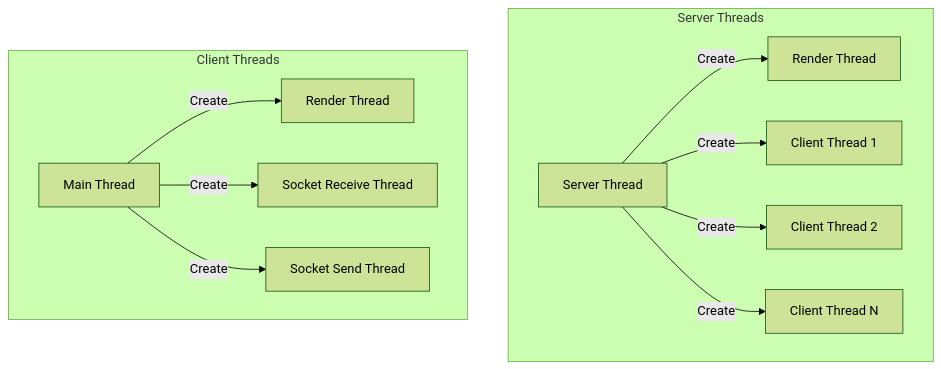
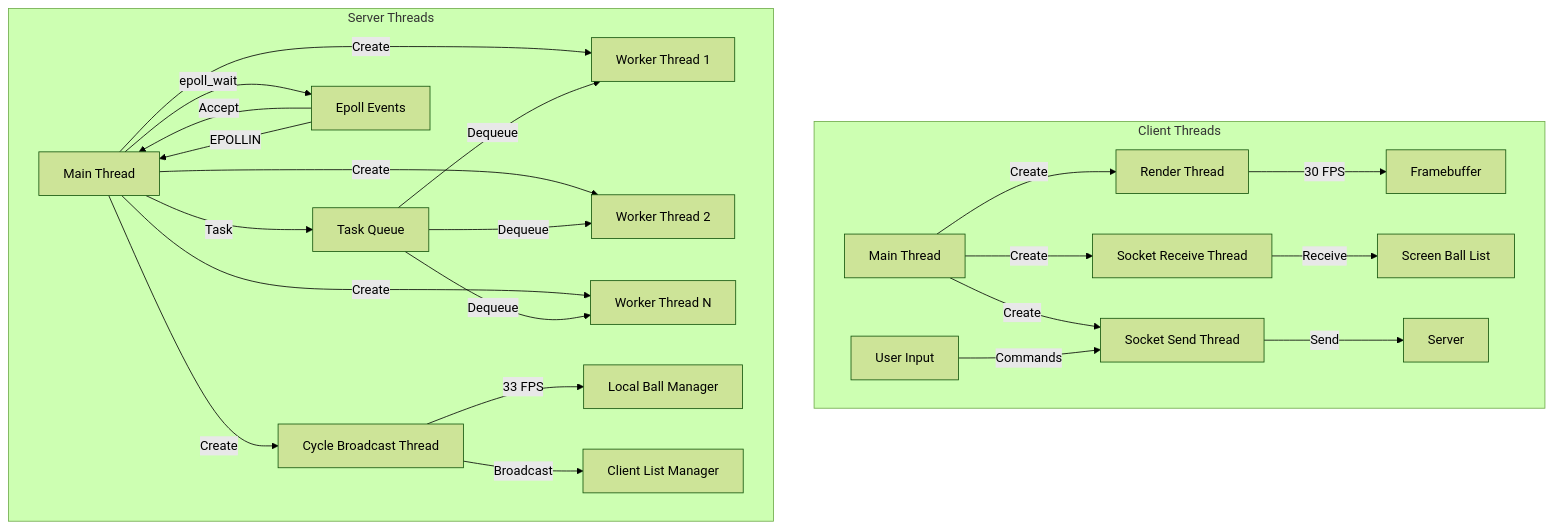
Before and after one commit to Baby-Blowfish/Ball_Game: the third of 4 diagrams in README.md, drawn with Mermaid (forest theme).

Commit message:
readmd.md 수정

````diff
--- a/README.md
+++ b/README.md
@@ -118,21 +118,44 @@
 ```mermaid
 graph TD
-    subgraph "Server Threads"
-        ST[Server Thread]
-        RT[Render Thread]
-        ST -->|Create| RT
-        ST -->|Create| CT1[Client Thread 1]
-        ST -->|Create| CT2[Client Thread 2]
-        ST -->|Create| CTN[Client Thread N]
-    end
-
     subgraph "Client Threads"
         MT[Main Thread]
         RDT[Render Thread]
         SRT[Socket Receive Thread]
         SST[Socket Send Thread]
+
         MT -->|Create| RDT
         MT -->|Create| SRT
         MT -->|Create| SST
+
+        RDT -->|30 FPS| FB[Framebuffer]
+        SRT -->|Receive| SB[Screen Ball List]
+        SST -->|Send| SV[Server]
+
+        UI[User Input] -->|Commands| SST
+    end
+
+    subgraph "Server Threads"
+        ST[Main Thread]
+        WT1[Worker Thread 1]
+        WT2[Worker Thread 2]
+        WTN[Worker Thread N]
+        CBT[Cycle Broadcast Thread]
+
+        ST -->|Create| WT1
+        ST -->|Create| WT2
+        ST -->|Create| WTN
+        ST -->|Create| CBT
+
+        ST -->|epoll_wait| EP[Epoll Events]
+        EP -->|Accept| ST
+        EP -->|EPOLLIN| ST
+
+        ST -->|Task| TQ[Task Queue]
+        TQ -->|Dequeue| WT1
+        TQ -->|Dequeue| WT2
+        TQ -->|Dequeue| WTN
+
+        CBT -->|33 FPS| LBM[Local Ball Manager]
+        CBT -->|Broadcast| CLM[Client List Manager]
     end
 ```
````
